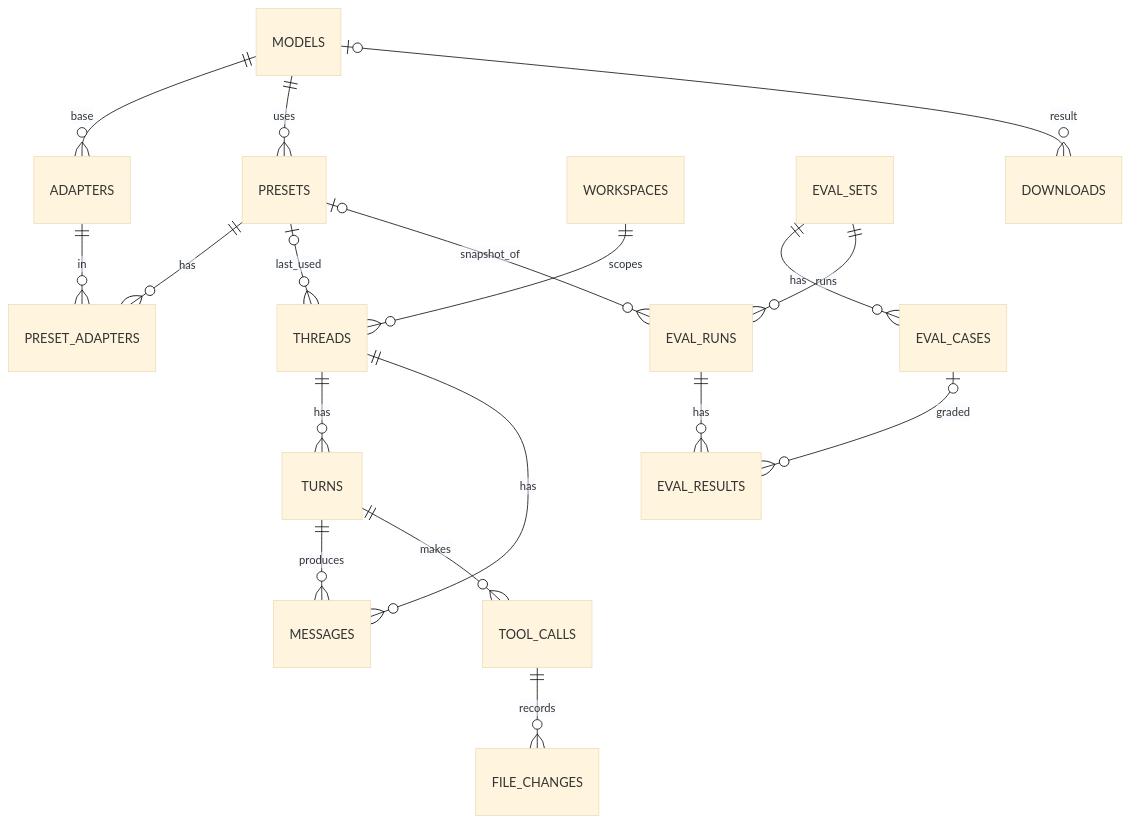
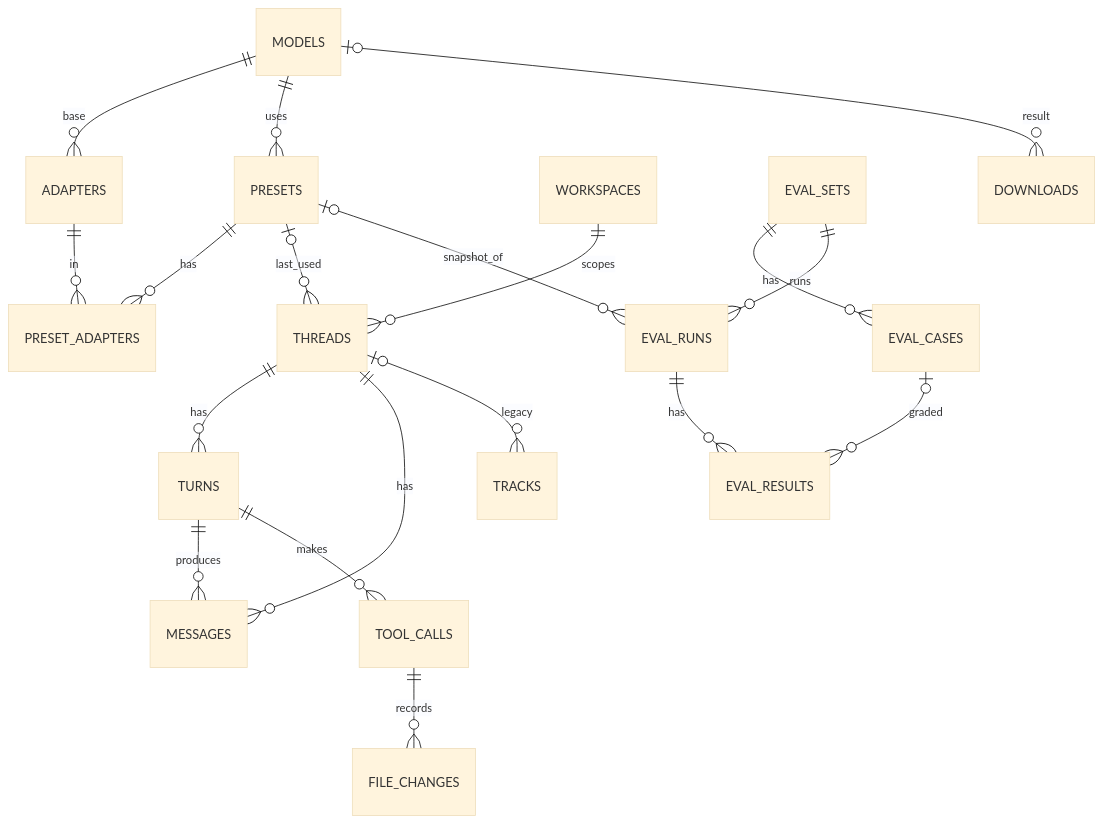
The second of 14 diagrams in docs/design/10_diagrams.md (itiwoja/llm-party), drawn with Mermaid (base theme) before and after one commit. The commit also changed other lines of this file and 21 other files, not shown here.

````diff
--- a/docs/design/10_diagrams.md
+++ b/docs/design/10_diagrams.md
@@ -27,20 +27,21 @@
 ```mermaid
 erDiagram
   MODELS ||--o{ ADAPTERS : base
   MODELS ||--o{ PRESETS : uses
   PRESETS ||--o{ PRESET_ADAPTERS : has
   ADAPTERS ||--o{ PRESET_ADAPTERS : in
   WORKSPACES ||--o{ THREADS : scopes
   PRESETS |o--o{ THREADS : last_used
   THREADS ||--o{ TURNS : has
   THREADS ||--o{ MESSAGES : has
   TURNS ||--o{ MESSAGES : produces
   TURNS ||--o{ TOOL_CALLS : makes
   TOOL_CALLS ||--o{ FILE_CHANGES : records
   EVAL_SETS ||--o{ EVAL_CASES : has
   EVAL_SETS ||--o{ EVAL_RUNS : runs
   PRESETS |o--o{ EVAL_RUNS : snapshot_of
   EVAL_RUNS ||--o{ EVAL_RESULTS : has
   EVAL_CASES |o--o{ EVAL_RESULTS : graded
   MODELS |o--o{ DOWNLOADS : result
+  THREADS |o--o{ TRACKS : legacy
 ```
````
